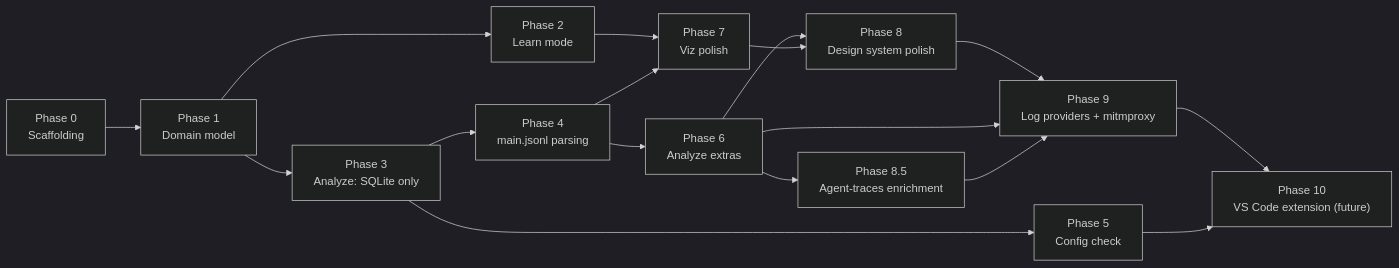
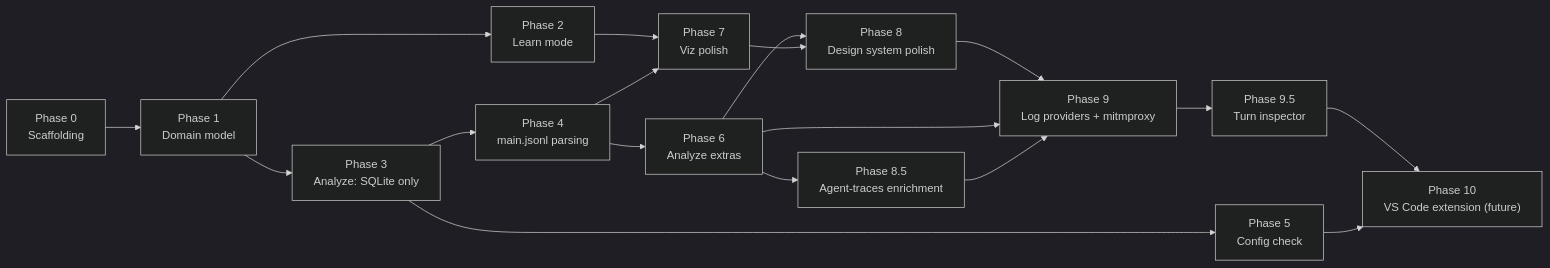
Before and after one commit to raulkivi/gh-cp-chat-analyser: the diagram in docs/implementation-plan.md, drawn with Mermaid (dark theme). The commit also changed other lines of this file and 31 other files, not shown here.

First line of the commit message:
feat: implement Phase 9.5 — turn request/response inspector

````diff
--- a/docs/implementation-plan.md
+++ b/docs/implementation-plan.md
@@ -729,19 +811,20 @@
 ```mermaid
 flowchart LR
     P0["Phase 0<br/>Scaffolding"] --> P1["Phase 1<br/>Domain model"]
     P1 --> P2["Phase 2<br/>Learn mode"]
     P1 --> P3["Phase 3<br/>Analyze: SQLite only"]
     P3 --> P4["Phase 4<br/>main.jsonl parsing"]
     P3 --> P5["Phase 5<br/>Config check"]
     P4 --> P6["Phase 6<br/>Analyze extras"]
     P2 --> P7["Phase 7<br/>Viz polish"]
     P4 --> P7
     P6 --> P8["Phase 8<br/>Design system polish"]
     P7 --> P8
     P6 --> P85["Phase 8.5<br/>Agent-traces enrichment"]
     P8 --> P9["Phase 9<br/>Log providers + mitmproxy"]
     P6 --> P9
     P85 --> P9
-    P9 --> P10["Phase 10<br/>VS Code extension (future)"]
+    P9 --> P95["Phase 9.5<br/>Turn inspector"]
+    P95 --> P10["Phase 10<br/>VS Code extension (future)"]
     P5 --> P10
 ```
````
